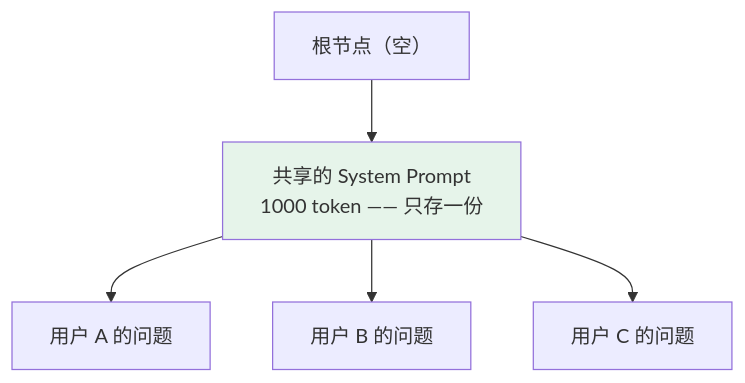
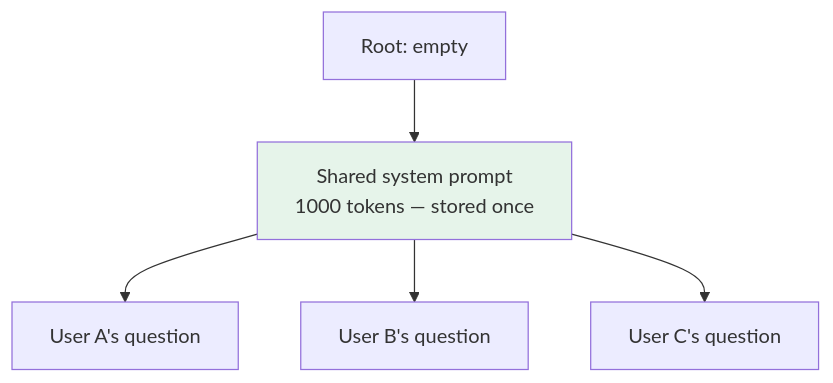
Before and after one commit to oneleaveknowsthefall/awesome-ai-roadmap: the second of 2 diagrams in docs/llm/03-inference-serving/20-deployment-frameworks.md, drawn with Mermaid. The commit also changed other lines of this file and 92 other files, not shown here.

````diff
--- a/docs/llm/03-inference-serving/20-deployment-frameworks.md
+++ b/docs/llm/03-inference-serving/20-deployment-frameworks.md
@@ -87,9 +87,9 @@
 ```mermaid
 flowchart TB
-    ROOT["根节点（空）"] --> SP["共享的 System Prompt<br/>1000 token —— 只存一份"]
-    SP --> U1["用户 A 的问题"]
-    SP --> U2["用户 B 的问题"]
-    SP --> U3["用户 C 的问题"]
+    ROOT["Root: empty"] --> SP["Shared system prompt<br/>1000 tokens — stored once"]
+    SP --> U1["User A's question"]
+    SP --> U2["User B's question"]
+    SP --> U3["User C's question"]
 
     style SP fill:#e6f4ea
 ```
````
